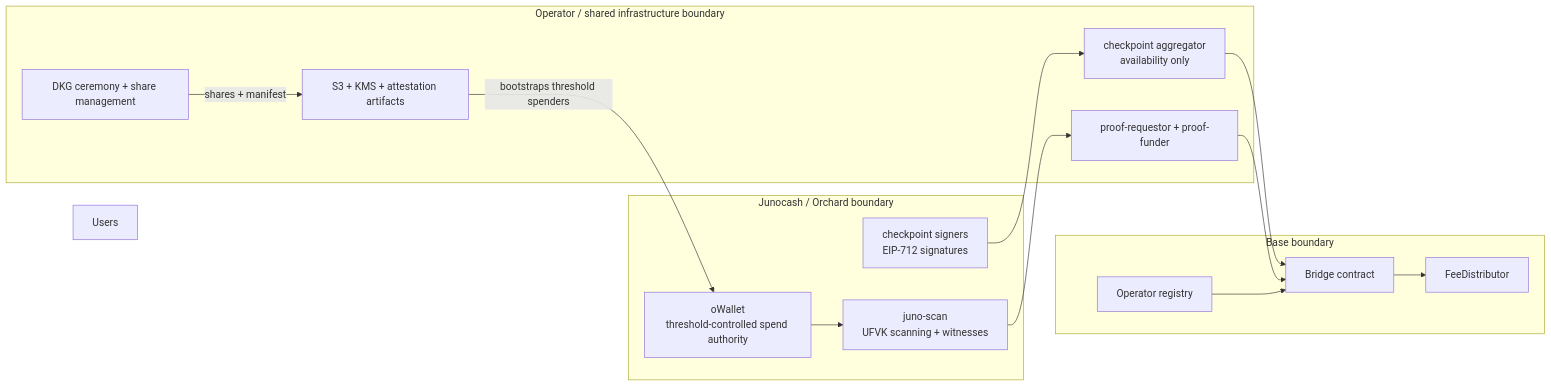
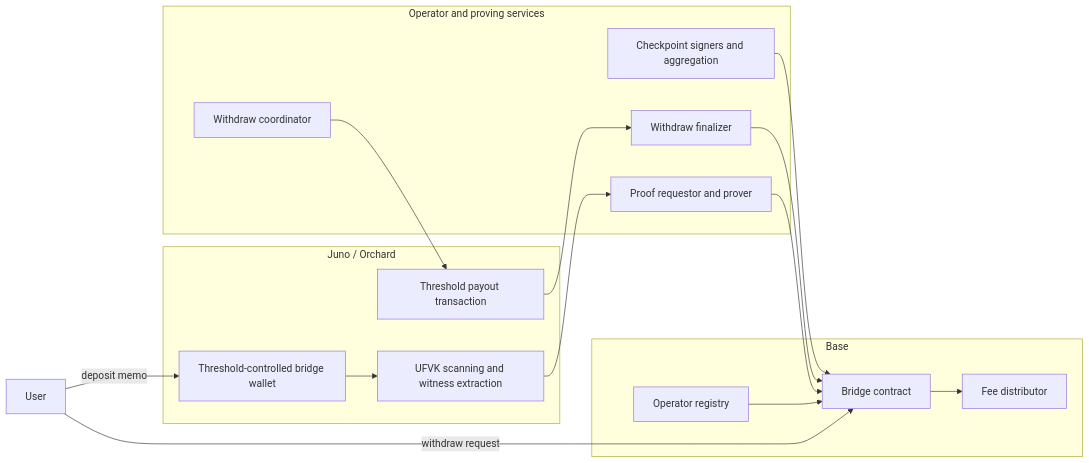
The first of 2 diagrams in docs/Juno Intents Whitepaper.md (juno-intents/intents-juno), drawn with Mermaid before and after one commit. The commit also changed other lines of this file and 1 other file, not shown here.

Commit message:
docs(dkg): rewrite whitepaper as narrative paper

````diff
--- a/docs/Juno Intents Whitepaper.md
+++ b/docs/Juno Intents Whitepaper.md
@@ -19,33 +37,35 @@
 ```mermaid
 flowchart LR
-  user["Users"]
+  user["User"]
 
-  subgraph juno["Junocash / Orchard boundary"]
-    owallet["oWallet\nthreshold-controlled spend authority"]
-    scan["juno-scan\nUFVK scanning + witnesses"]
-    ckpt["checkpoint signers\nEIP-712 signatures"]
+  subgraph juno["Juno / Orchard"]
+    wallet["Threshold-controlled bridge wallet"]
+    view["UFVK scanning and witness extraction"]
+    payout["Threshold payout transaction"]
   end
 
-  subgraph ops["Operator / shared infrastructure boundary"]
-    dkg["DKG ceremony + share management"]
-    agg["checkpoint aggregator\navailability only"]
-    prover["proof-requestor + proof-funder"]
-    store["S3 + KMS + attestation artifacts"]
+  subgraph base["Base"]
+    bridge["Bridge contract"]
+    registry["Operator registry"]
+    fees["Fee distributor"]
   end
 
-  subgraph base["Base boundary"]
-    bridge["Bridge contract"]
-    registry["Operator registry"]
-    fees["FeeDistributor"]
+  subgraph offchain["Operator and proving services"]
+    ckpt["Checkpoint signers and aggregation"]
+    prove["Proof requestor and prover"]
+    coord["Withdraw coordinator"]
+    finalizer["Withdraw finalizer"]
   end
 
-  dkg -->|shares + manifest| store
-  store -->|bootstraps threshold spenders| owallet
-  owallet --> scan
-  ckpt --> agg
-  agg --> bridge
-  scan --> prover
-  prover --> bridge
+  user -->|deposit memo| wallet
+  user -->|withdraw request| bridge
+  wallet --> view
+  view --> prove
+  ckpt --> bridge
+  prove --> bridge
+  coord --> payout
+  payout --> finalizer
+  finalizer --> bridge
   registry --> bridge
   bridge --> fees
 ```
````
